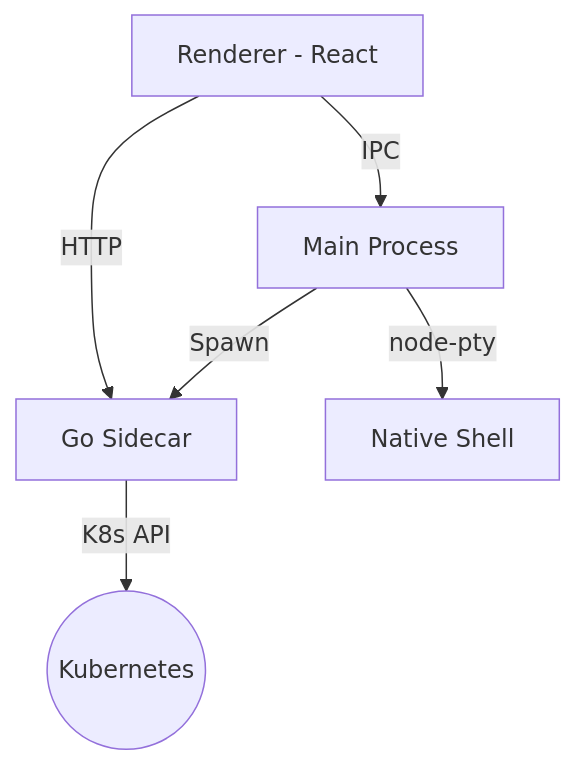
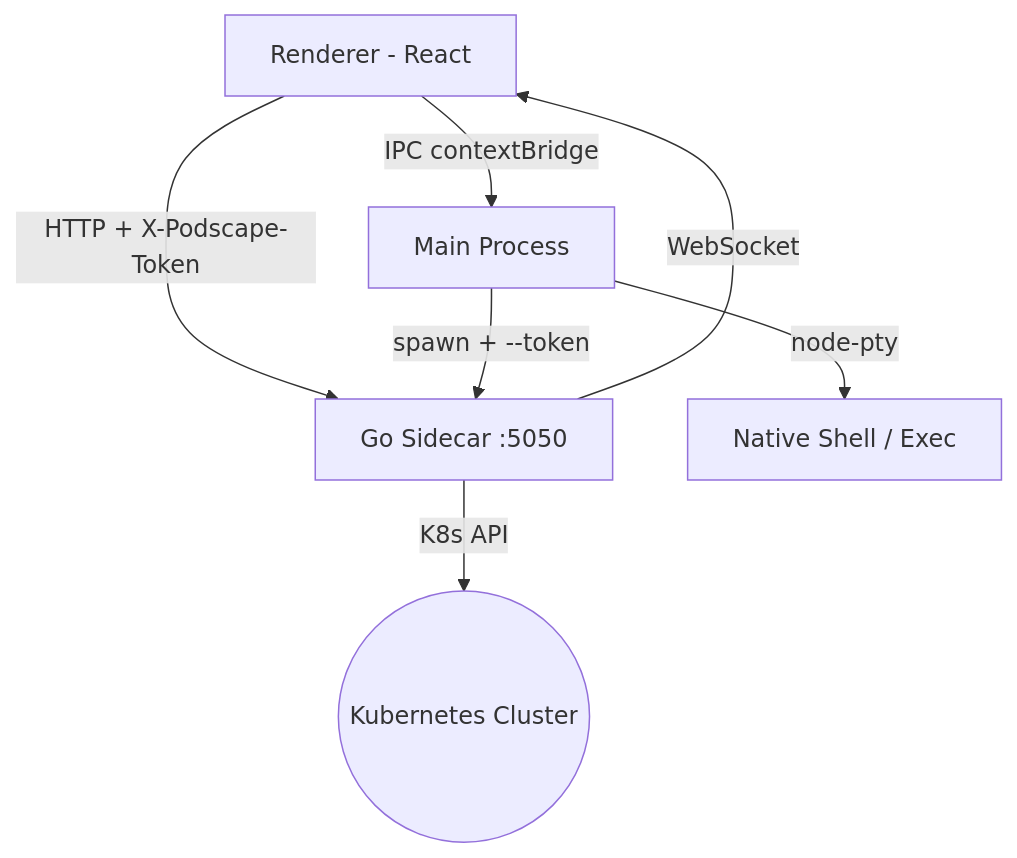
One commit to codingprotocols/podscape changed the diagram in docs/architecture.md. Above: the diagram before and after it, drawn with Mermaid. The commit also changed other lines of this file and 5 other files, not shown here.

Commit message:
docs: extensively update API and architecture documentation, improve other docs, and refine release workflow.

````diff
--- a/docs/architecture.md
+++ b/docs/architecture.md
@@ -26,8 +87,9 @@
 ```mermaid
 graph TD
-    UI[Renderer - React] -->|HTTP| Sidecar[Go Sidecar]
-    UI -->|IPC| Main[Main Process]
-    Main -->|Spawn| Sidecar
-    Sidecar -->|K8s API| Cluster((Kubernetes))
-    Main -->|node-pty| Terminal[Native Shell]
+    UI[Renderer - React] -->|HTTP + X-Podscape-Token| Sidecar[Go Sidecar :5050]
+    UI -->|IPC contextBridge| Main[Main Process]
+    Main -->|spawn + --token| Sidecar
+    Sidecar -->|K8s API| Cluster((Kubernetes Cluster))
+    Main -->|node-pty| Shell[Native Shell / Exec]
+    Sidecar -->|WebSocket| UI
 ```
````
